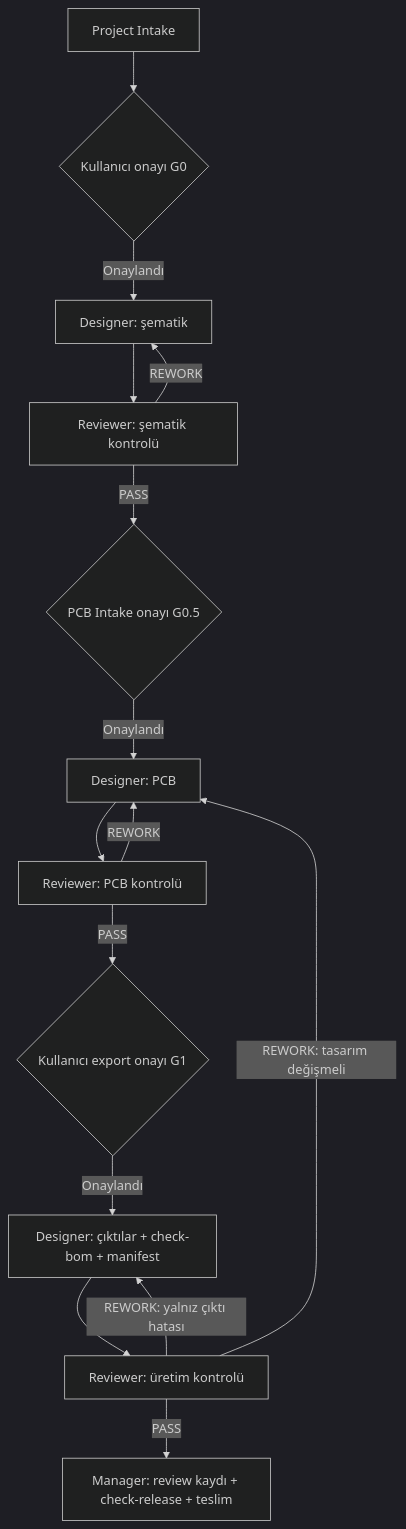
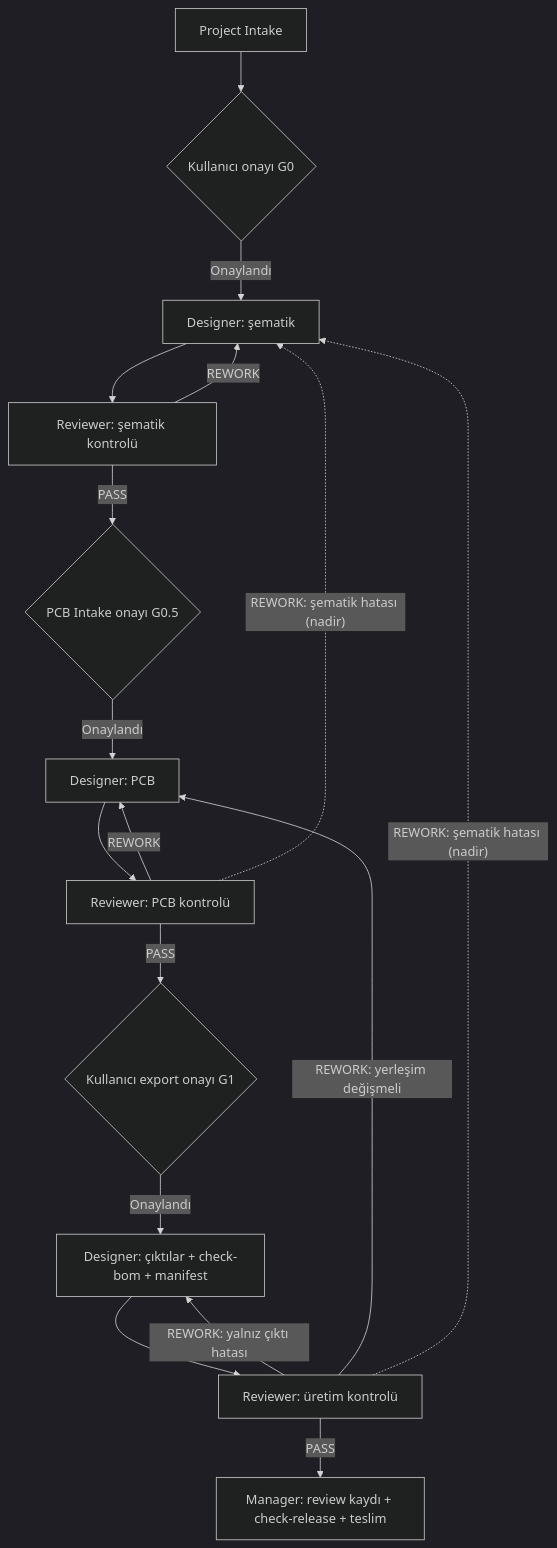
One commit to d0ukan/ai-hw-designer changed the diagram in README.tr.md. Above: the diagram before and after it, drawn with Mermaid (dark theme). The commit also changed other lines of this file and 4 other files, not shown here.

Commit message:
v1.17: workflow charts show rare return to schematic from PCB and manufacturing review

````diff
--- a/README.tr.md
+++ b/README.tr.md
@@ -102,17 +102,19 @@
 ```mermaid
 flowchart TD
     I["Project Intake"] --> A{"Kullanıcı onayı G0"}
     A -->|"Onaylandı"| D["Designer: şematik"]
     D --> S["Reviewer: şematik kontrolü"]
     S -->|"REWORK"| D
     S -->|"PASS"| B{"PCB Intake onayı G0.5"}
     B -->|"Onaylandı"| P["Designer: PCB"]
     P --> R["Reviewer: PCB kontrolü"]
     R -->|"REWORK"| P
     R -->|"PASS"| G{"Kullanıcı export onayı G1"}
     G -->|"Onaylandı"| E["Designer: çıktılar + check-bom + manifest"]
     E --> V["Reviewer: üretim kontrolü"]
     V -->|"REWORK: yalnız çıktı hatası"| E
-    V -->|"REWORK: tasarım değişmeli"| P
+    V -->|"REWORK: yerleşim değişmeli"| P
+    R -.->|"REWORK: şematik hatası (nadir)"| D
+    V -.->|"REWORK: şematik hatası (nadir)"| D
     V -->|"PASS"| H["Manager: review kaydı + check-release + teslim"]
 ```
````
